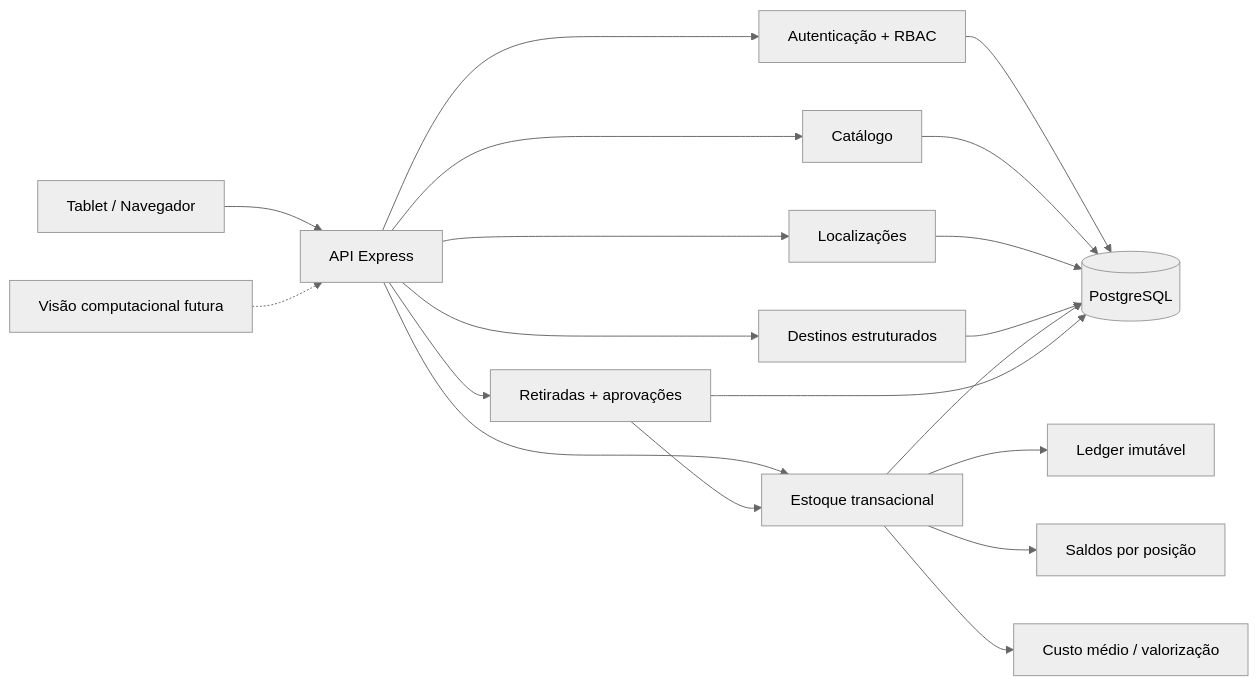
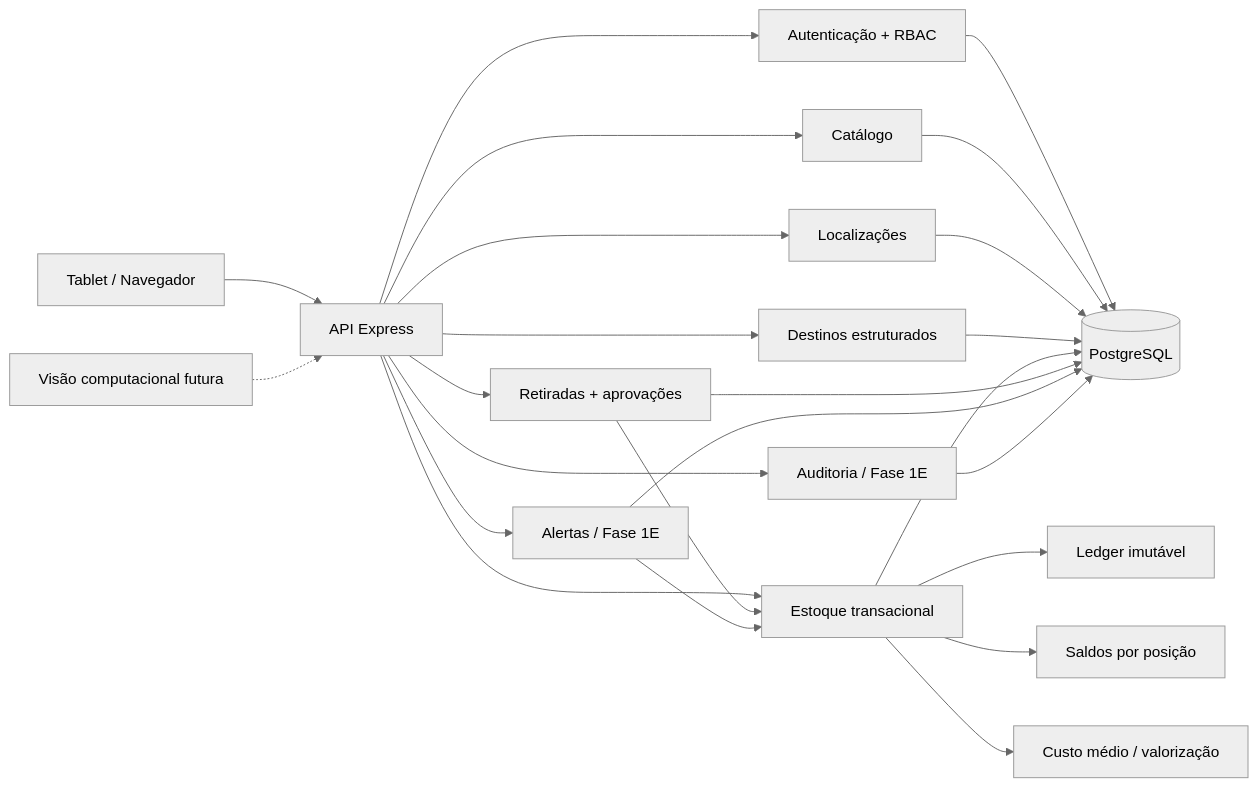
Before and after one commit to tombemol/A.L.M.A: the diagram in README.md, drawn with Mermaid (neutral theme). The commit also changed other lines of this file, not shown here.

Commit message:
docs: atualizar README para Fase 1E e novo design system

````diff
--- a/README.md
+++ b/README.md
@@ -64,21 +80,26 @@
 ```mermaid
 flowchart LR
   T[Tablet / Navegador] --> API[API Express]
   API --> AUTH[Autenticação + RBAC]
   API --> CAT[Catálogo]
   API --> LOC[Localizações]
   API --> INV[Estoque transacional]
   API --> DEST[Destinos estruturados]
   API --> WD[Retiradas + aprovações]
+  API --> ALT[Alertas / Fase 1E]
+  API --> AUD[Auditoria / Fase 1E]
   AUTH --> DB[(PostgreSQL)]
   CAT --> DB
   LOC --> DB
   DEST --> DB
   INV --> DB
   WD --> DB
+  ALT --> DB
+  AUD --> DB
   WD --> INV
+  ALT --> INV
   INV --> LEDGER[Ledger imutável]
   INV --> BAL[Saldos por posição]
   INV --> VAL[Custo médio / valorização]
   V[Visão computacional futura] -.-> API
 ```
````
